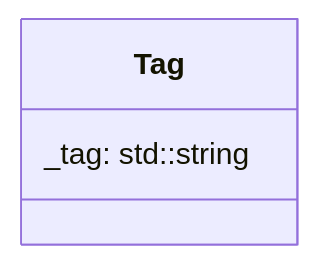
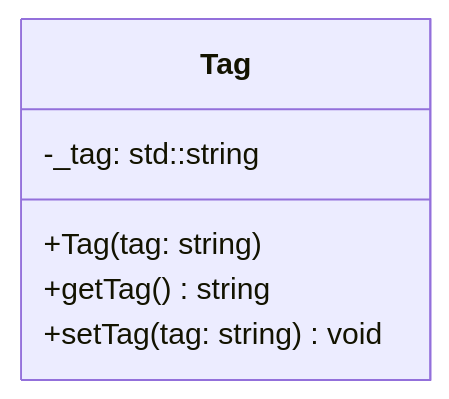
One commit to MYAMBO/R-Type changed the diagram in docs/ECS/component/Tag.md. Above: the diagram before and after it, drawn with Mermaid. The commit also changed other lines of this file and 17 other files, not shown here.

````diff
--- a/docs/ECS/component/Tag.md
+++ b/docs/ECS/component/Tag.md
@@ -11,6 +35,9 @@
 ```mermaid
 classDiagram
   class Tag {
-    _tag: std::string
+    -_tag: std::string
+    +Tag(tag: string)
+    +getTag() string
+    +setTag(tag: string) void
   }
 ```
````
